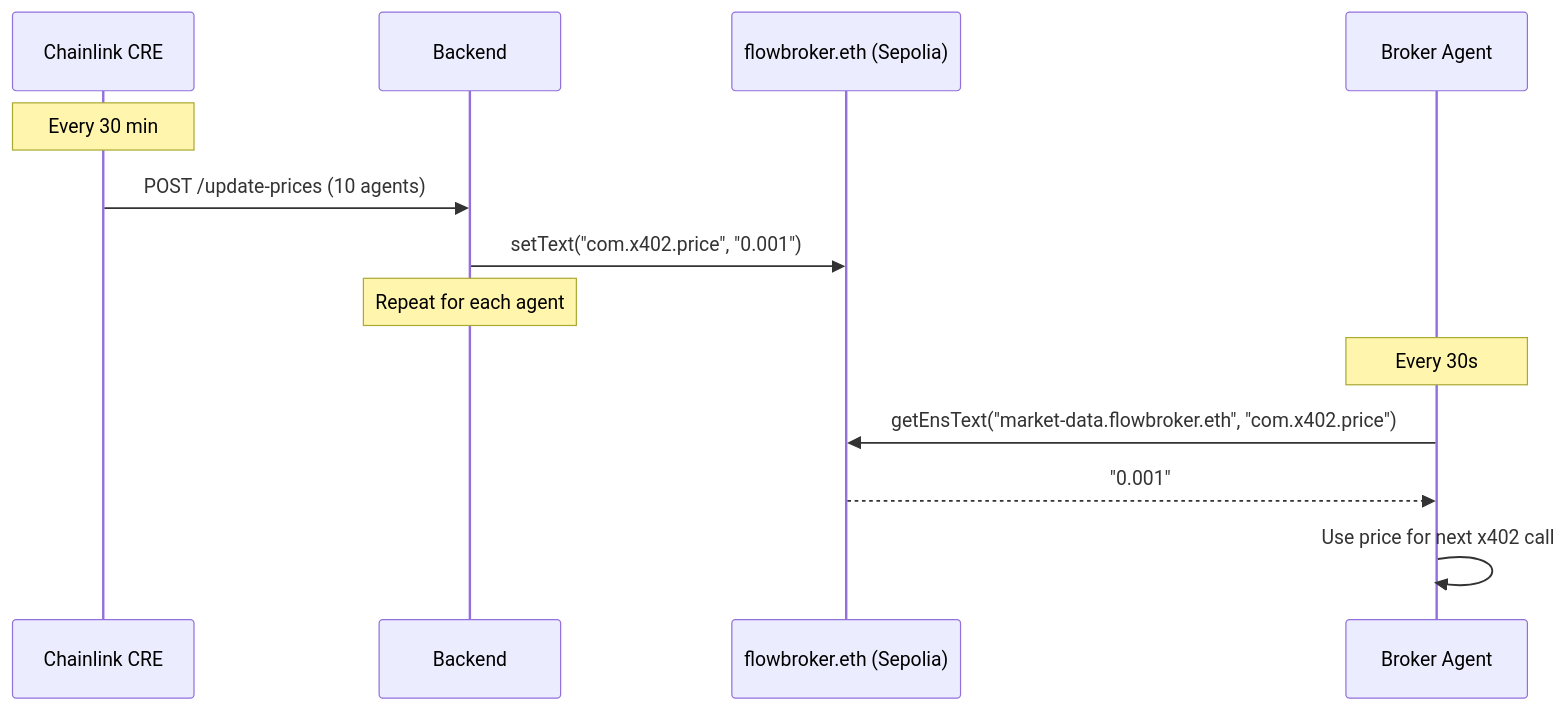
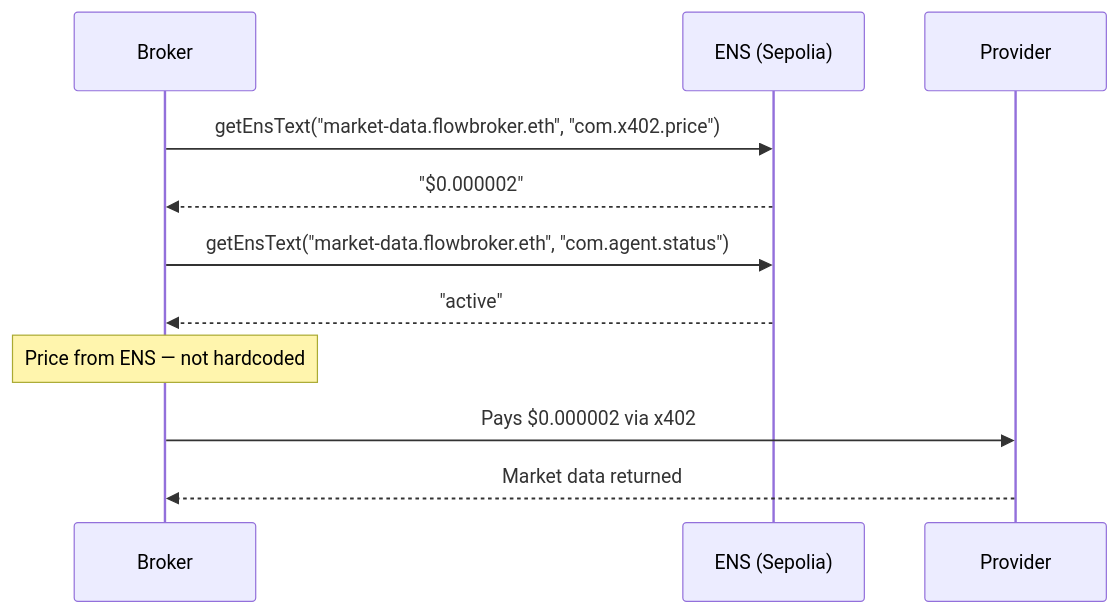
The first of 2 diagrams in ens/README.md (JulioMCruz/Flow-Broker), drawn with Mermaid before and after one commit. The commit also changed other lines of this file and 4 other files, not shown here.

````diff
--- a/ens/README.md
+++ b/ens/README.md
@@ -7,17 +7,14 @@
 ```mermaid
 sequenceDiagram
-    participant CRE as Chainlink CRE
-    participant BE as Backend
-    participant ENS as flowbroker.eth (Sepolia)
-    participant Broker as Broker Agent
+    participant Broker
+    participant ENS as ENS (Sepolia)
+    participant Provider
 
-    Note over CRE: Every 30 min
-    CRE->>BE: POST /update-prices (10 agents)
-    BE->>ENS: setText("com.x402.price", "0.001")
-    Note over BE: Repeat for each agent
-
-    Note over Broker: Every 30s
     Broker->>ENS: getEnsText("market-data.flowbroker.eth", "com.x402.price")
-    ENS-->>Broker: "0.001"
-    Broker->>Broker: Use price for next x402 call
+    ENS-->>Broker: "$0.000002"
+    Broker->>ENS: getEnsText("market-data.flowbroker.eth", "com.agent.status")
+    ENS-->>Broker: "active"
+    Note over Broker: Price from ENS — not hardcoded
+    Broker->>Provider: Pays $0.000002 via x402
+    Provider-->>Broker: Market data returned
 ```
````
